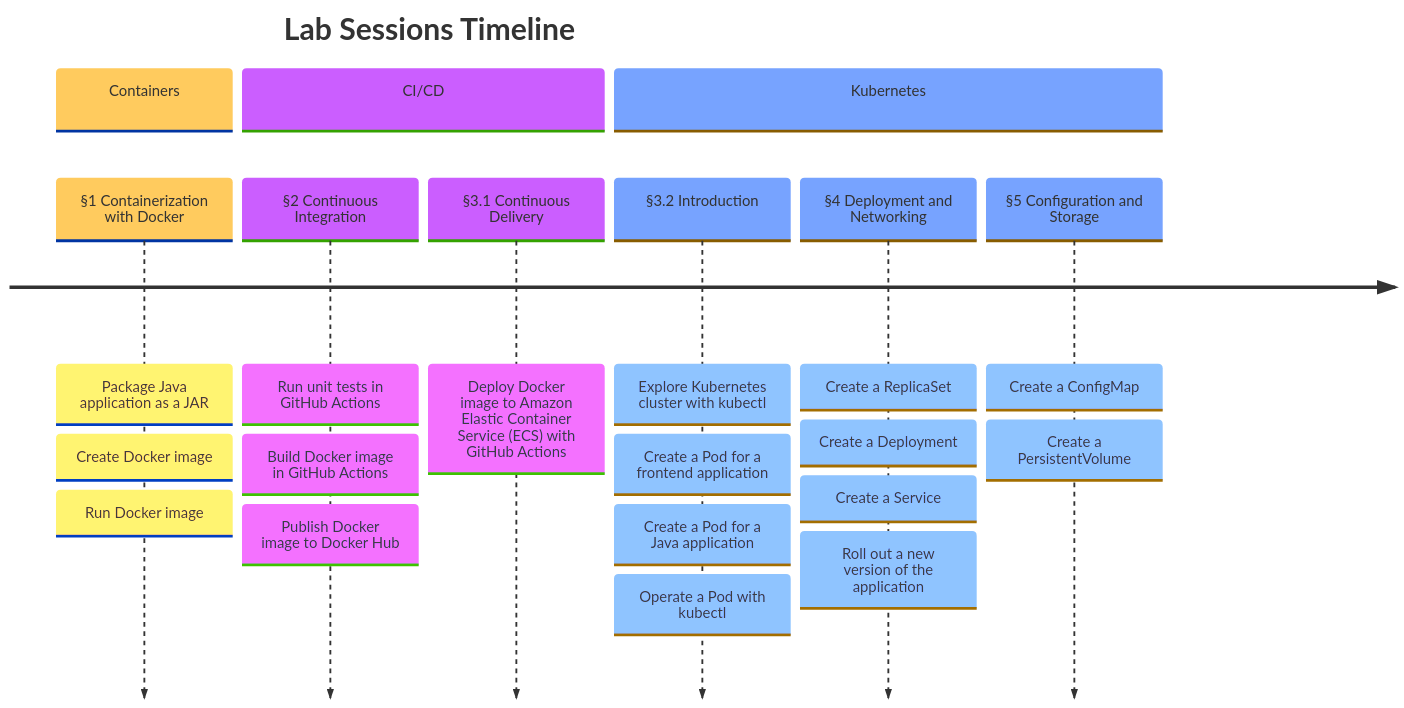
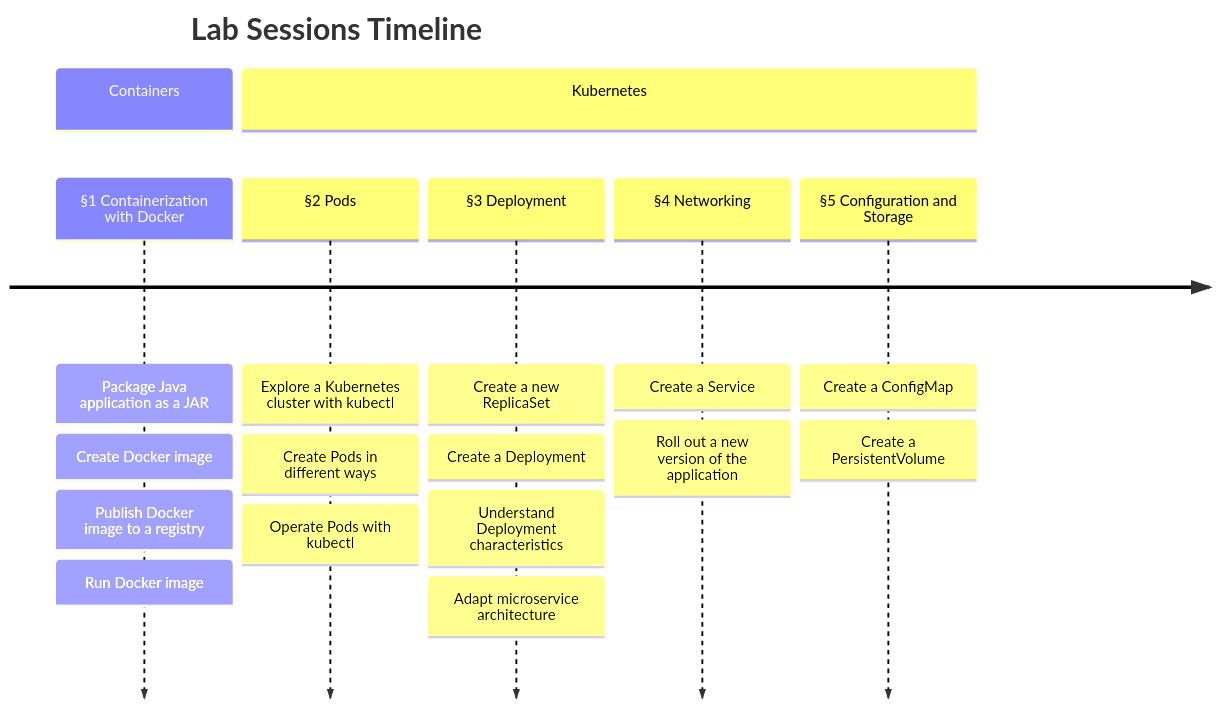
The diagram in README.md (mincong-classroom/containers), drawn with Mermaid before and after one commit. The commit also changed other lines of this file, not shown here.

````diff
--- a/README.md
+++ b/README.md
@@ -5,36 +5,26 @@
 ```mermaid
-%%{
-    init: {
-        'logLevel': 'debug',
-        'theme': 'base'
-    }
-}%%
 timeline
     title Lab Sessions Timeline
     section Containers
         §1 Containerization with Docker
             : Package Java application as a JAR
             : Create Docker image
+            : Publish Docker image to a registry
             : Run Docker image
-    section CI/CD
-        §2 Continuous Integration
-            : Run unit tests in GitHub Actions
-            : Build Docker image in GitHub Actions
-            : Publish Docker image to Docker Hub
-        §3.1 Continuous Delivery
-            : Deploy Docker image to Amazon Elastic Container Service (ECS) with GitHub Actions
     section Kubernetes
-        §3.2 Introduction
-            : Explore Kubernetes cluster with kubectl
-            : Create a Pod for a frontend application
-            : Create a Pod for a Java application
-            : Operate a Pod with kubectl
-        §4 Deployment and Networking
-            : Create a ReplicaSet
+        §2 Pods
+            : Explore a Kubernetes cluster with kubectl
+            : Create Pods in different ways
+            : Operate Pods with kubectl
+        §3 Deployment
+            : Create a new ReplicaSet
             : Create a Deployment
+            : Understand Deployment characteristics
+            : Adapt microservice architecture
+        §4 Networking
             : Create a Service
             : Roll out a new version of the application
         §5 Configuration and Storage
             : Create a ConfigMap
             : Create a PersistentVolume
 ```
````
